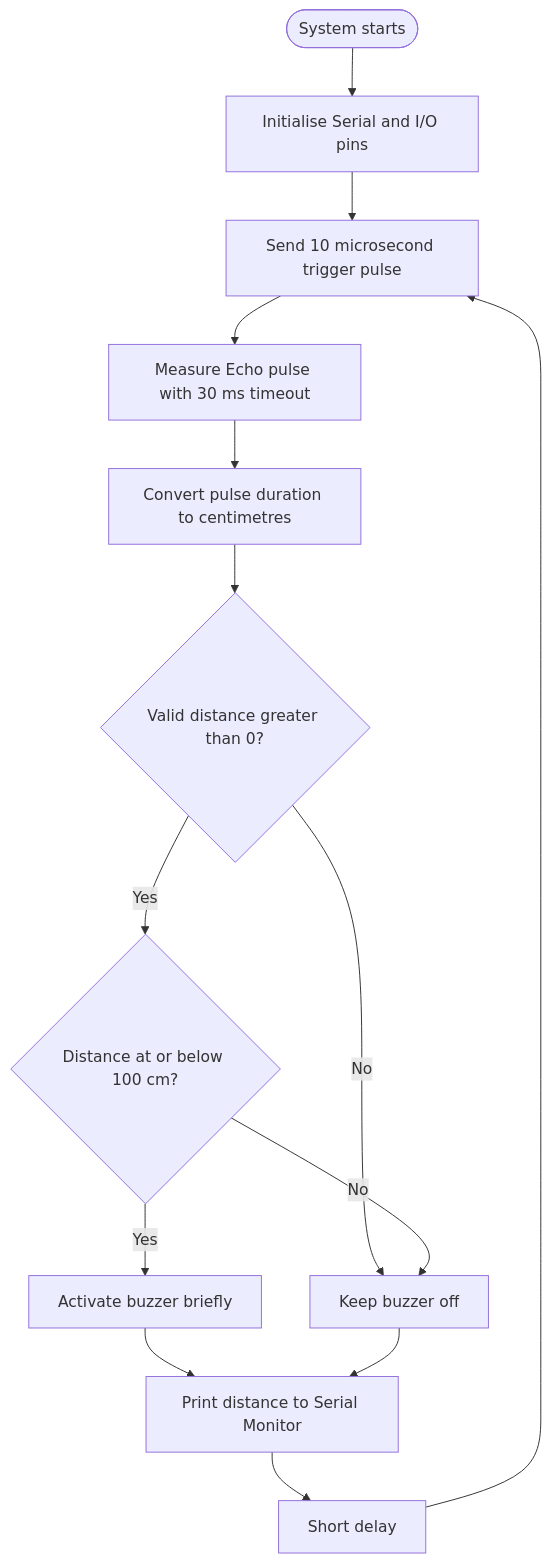
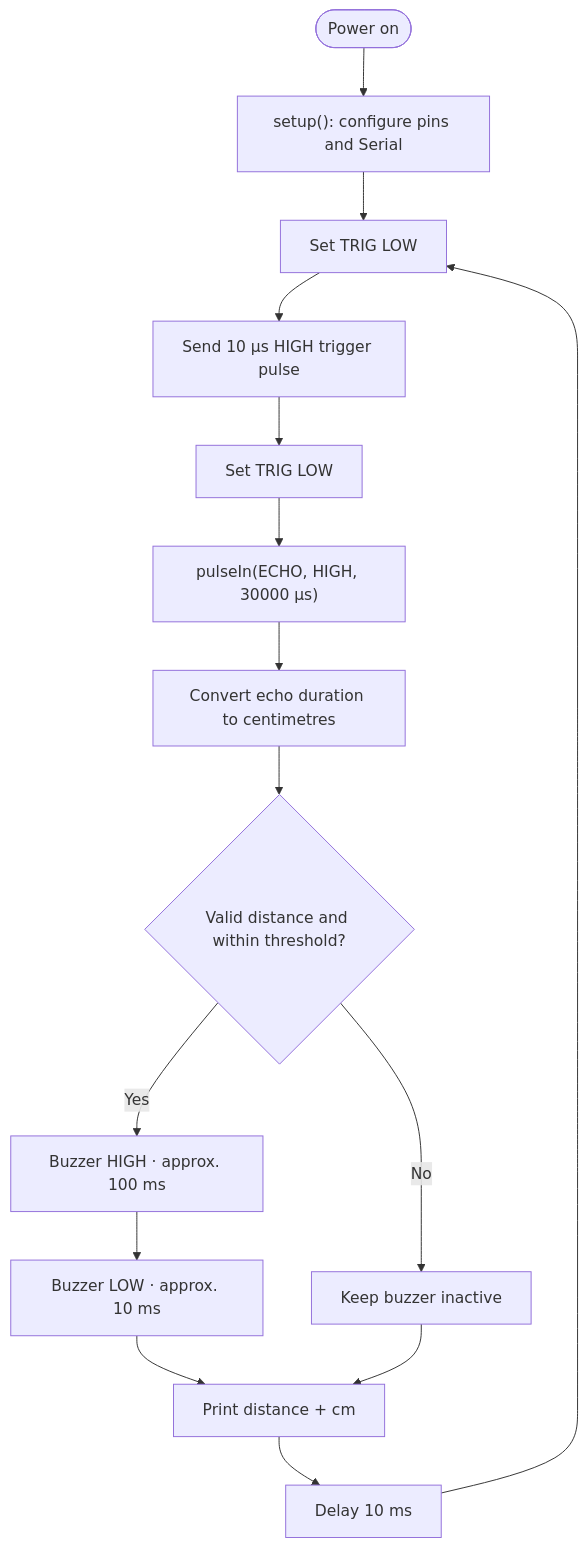
The second of 2 diagrams in README.md (Supriyo016/Arduino-Uno-Third-Hand-Eye-Project-for-Visually-Impaired-Individuals), drawn with Mermaid before and after one commit. The commit also changed other lines of this file, not shown here.

Commit message:
docs: restructure system architecture into layered diagrams

````diff
--- a/README.md
+++ b/README.md
@@ -97,16 +136,17 @@
 ```mermaid
 flowchart TD
-    A([System starts]) --> B[Initialise Serial and I/O pins]
-    B --> C[Send 10 microsecond trigger pulse]
-    C --> D[Measure Echo pulse with 30 ms timeout]
-    D --> E[Convert pulse duration to centimetres]
-    E --> F{Valid distance greater than 0?}
-    F -- No --> G[Keep buzzer off]
-    F -- Yes --> H{Distance at or below 100 cm?}
-    H -- Yes --> I[Activate buzzer briefly]
-    H -- No --> G
-    I --> J[Print distance to Serial Monitor]
-    G --> J
-    J --> K[Short delay]
-    K --> C
+    A([Power on]) --> B["setup(): configure pins and Serial"]
+    B --> C["Set TRIG LOW"]
+    C --> D["Send 10 µs HIGH trigger pulse"]
+    D --> E["Set TRIG LOW"]
+    E --> F["pulseIn(ECHO, HIGH, 30000 µs)"]
+    F --> G["Convert echo duration to centimetres"]
+    G --> H{"Valid distance and within threshold?"}
+    H -- "Yes" --> I["Buzzer HIGH · approx. 100 ms"]
+    I --> J["Buzzer LOW · approx. 10 ms"]
+    H -- "No" --> K["Keep buzzer inactive"]
+    J --> L["Print distance + cm"]
+    K --> L
+    L --> M["Delay 10 ms"]
+    M --> C
 ```
````
